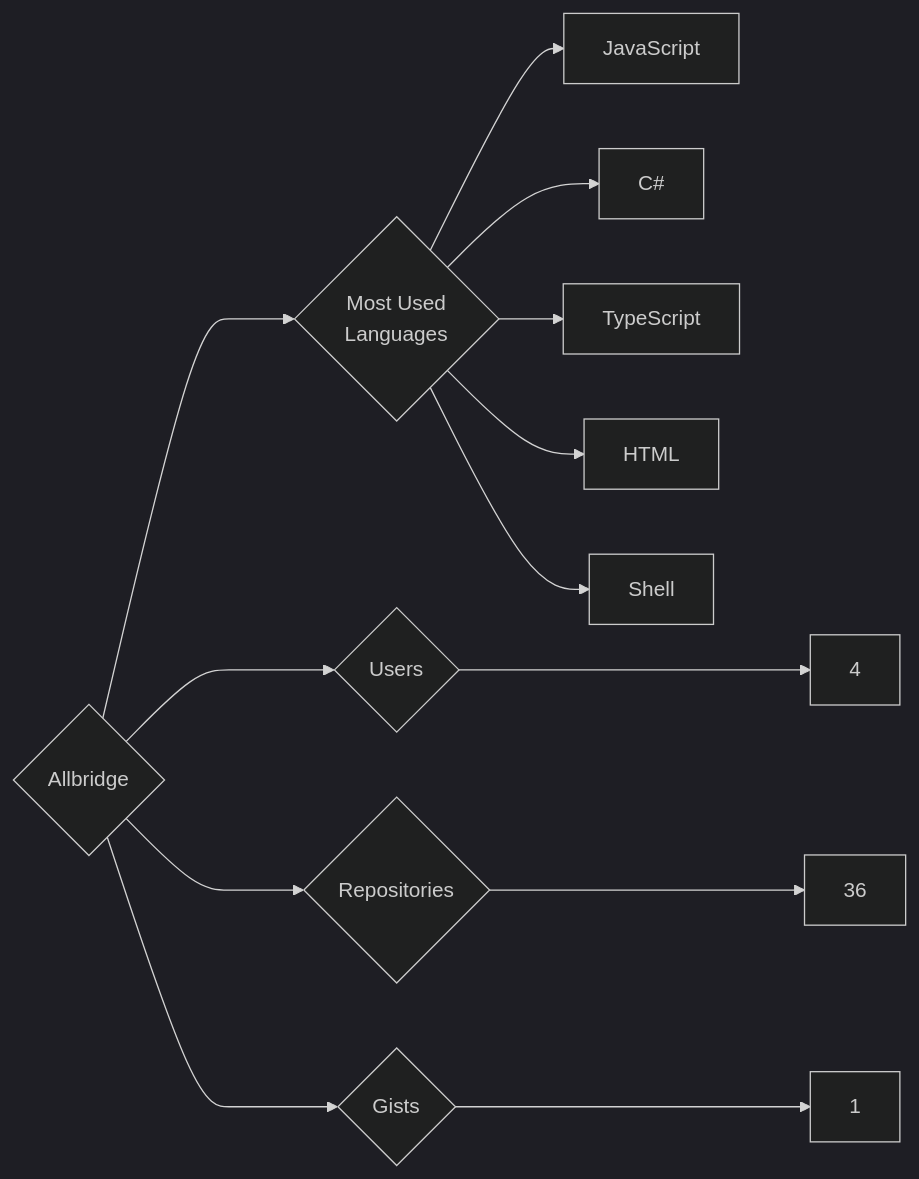
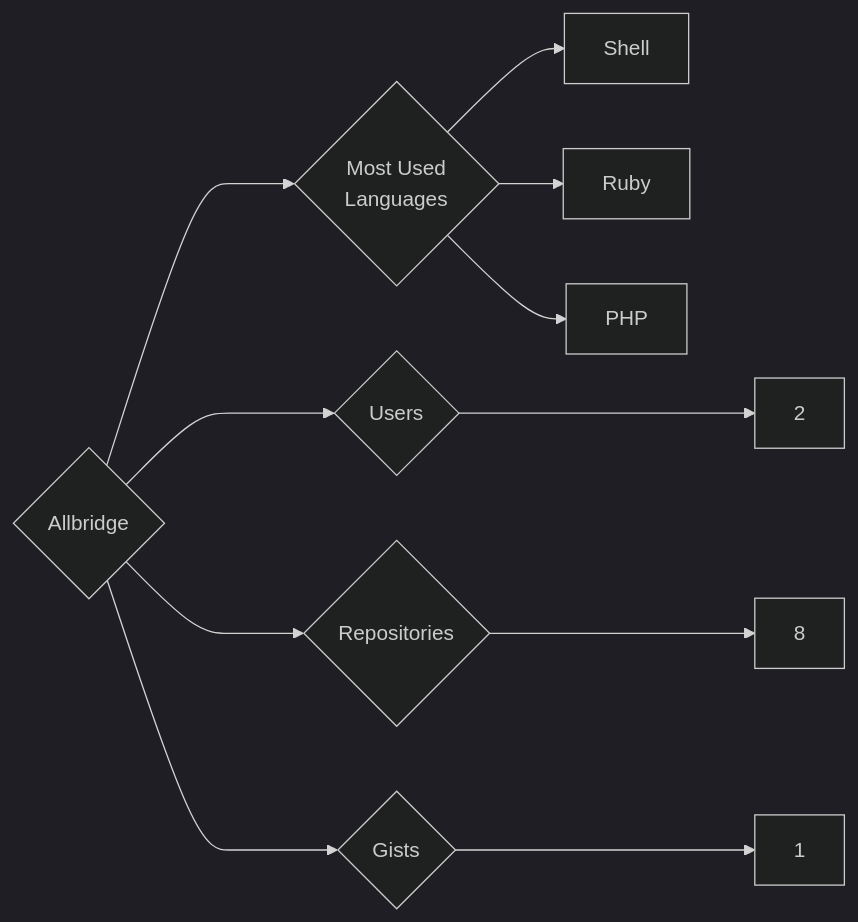
The diagram in targets/Allbridge/README.md (trickest/insiders), drawn with Mermaid (dark theme) before and after one commit. The commit also changed 1036 other files, not shown here.

````diff
--- a/targets/Allbridge/README.md
+++ b/targets/Allbridge/README.md
@@ -3,13 +3,11 @@
 ```mermaid
 graph LR
 COMPANY_NAME{Allbridge}
-COMPANY_NAME ---> U{Users} ---> UN[4]
-COMPANY_NAME ---> R{Repositories} ---> RN[36]
+COMPANY_NAME ---> U{Users} ---> UN[2]
+COMPANY_NAME ---> R{Repositories} ---> RN[8]
 COMPANY_NAME ---> G{Gists} ---> GN[1]
 COMPANY_NAME ---> ML{Most Used<br>Languages}
-ML --> JavaScript[JavaScript]
-ML --> C#[C#]
-ML --> TypeScript[TypeScript]
-ML --> HTML[HTML]
 ML --> Shell[Shell]
+ML --> Ruby[Ruby]
+ML --> PHP[PHP]
 ```
````
